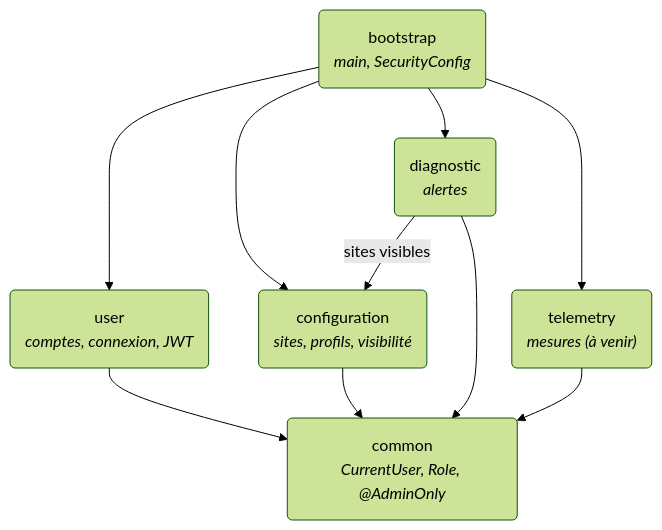
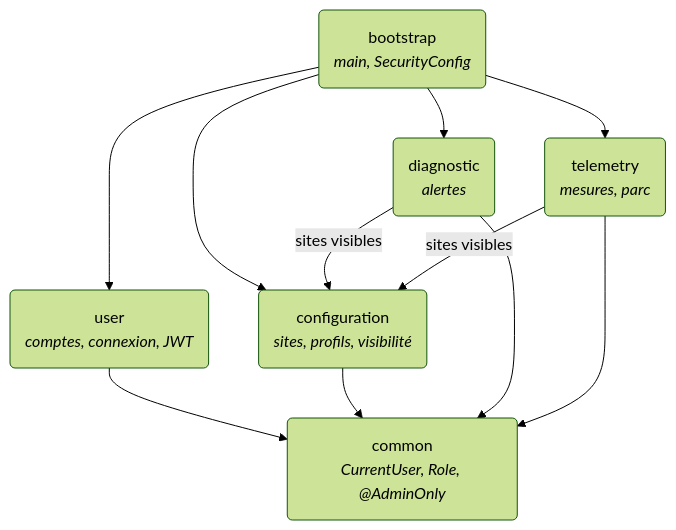
One commit to enervision-project/smart-energy-optimizer changed the first of 2 diagrams in services/core-api/docs/index.md. Above: the diagram before and after it, drawn with Mermaid (forest theme). The commit also changed other lines of this file and 3 other files, not shown here.

Commit message:
docs(core-api): module telemetry, routes des mesures et du parc

````diff
--- a/services/core-api/docs/index.md
+++ b/services/core-api/docs/index.md
@@ -7,13 +7,13 @@
 ```mermaid
 flowchart TD
     APP("bootstrap<br/><i>main, SecurityConfig</i>")
     USER("user<br/><i>comptes, connexion, JWT</i>")
     CONF("configuration<br/><i>sites, profils, visibilité</i>")
     DIAG("diagnostic<br/><i>alertes</i>")
-    TELEM("telemetry<br/><i>mesures (à venir)</i>")
+    TELEM("telemetry<br/><i>mesures, parc</i>")
     COMMON("common<br/><i>CurrentUser, Role, @AdminOnly</i>")
 
     APP --> USER & CONF & DIAG & TELEM
-    DIAG -->|sites visibles| CONF
+    DIAG & TELEM -->|sites visibles| CONF
     USER & CONF & DIAG & TELEM --> COMMON
 ```
````
